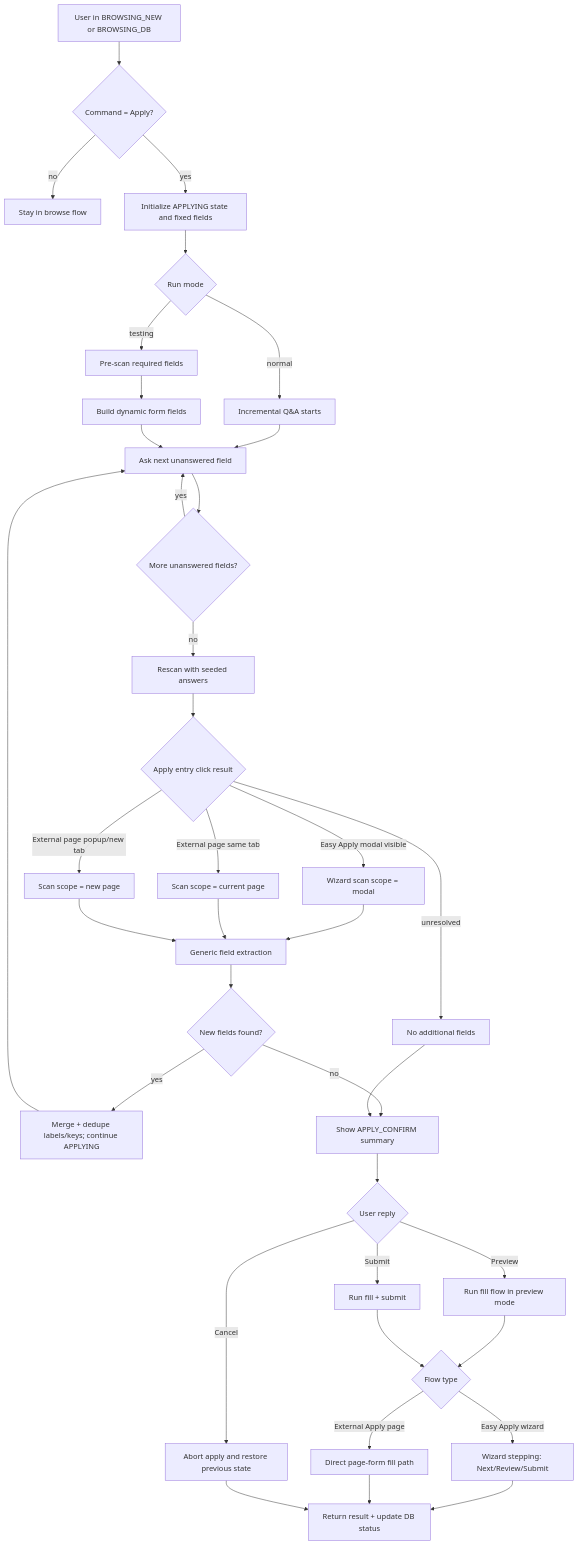
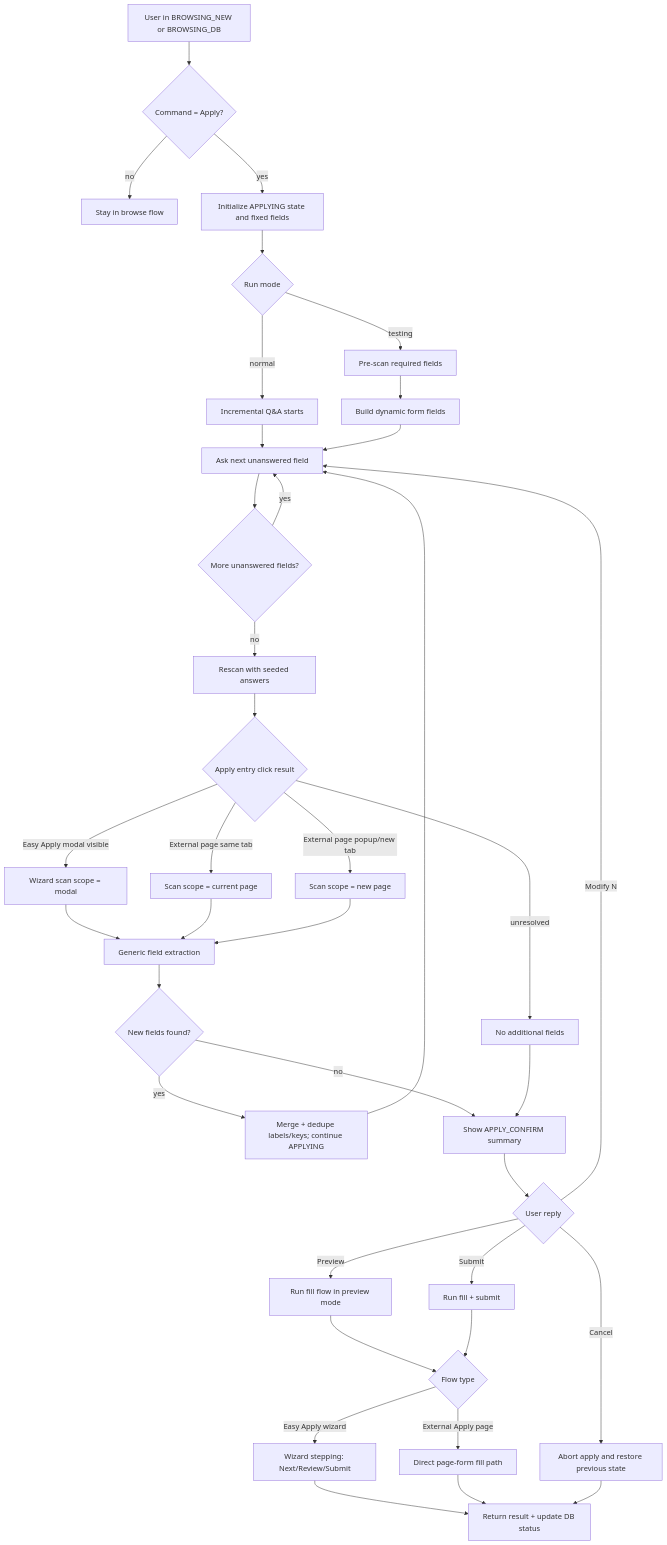
The diagram in FLOWCHART_STATE_MACHINE.md (Arisamin/JobSeekerAgent), drawn with Mermaid before and after one commit. The commit also changed other lines of this file and 8 other files, not shown here.

````diff
--- a/FLOWCHART_STATE_MACHINE.md
+++ b/FLOWCHART_STATE_MACHINE.md
@@ -3,48 +3,49 @@
 ```mermaid
 flowchart TD
 	A[User in BROWSING_NEW or BROWSING_DB] --> B{Command = Apply?}
 	B -- no --> Z[Stay in browse flow]
 	B -- yes --> C[Initialize APPLYING state and fixed fields]
 
 	C --> D{Run mode}
 	D -- testing --> E[Pre-scan required fields]
 	D -- normal --> F[Incremental Q&A starts]
 
 	E --> G[Build dynamic form fields]
 	F --> H[Ask next unanswered field]
 	G --> H
 
 	H --> I{More unanswered fields?}
 	I -- yes --> H
 	I -- no --> J[Rescan with seeded answers]
 
 	J --> K{Apply entry click result}
 	K -- Easy Apply modal visible --> L[Wizard scan scope = modal]
 	K -- External page same tab --> M[Scan scope = current page]
 	K -- External page popup/new tab --> N[Scan scope = new page]
 	K -- unresolved --> O[No additional fields]
 
 	L --> P[Generic field extraction]
 	M --> P
 	N --> P
 
 	P --> Q{New fields found?}
 	Q -- yes --> R[Merge + dedupe labels/keys; continue APPLYING]
 	Q -- no --> S[Show APPLY_CONFIRM summary]
 	O --> S
 	R --> H
 
 	S --> T{User reply}
+	T -- Modify N --> H
 	T -- Preview --> U[Run fill flow in preview mode]
 	T -- Submit --> V[Run fill + submit]
 	T -- Cancel --> W[Abort apply and restore previous state]
 
 	U --> X{Flow type}
 	V --> X
 	X -- Easy Apply wizard --> Y[Wizard stepping: Next/Review/Submit]
 	X -- External Apply page --> AA[Direct page-form fill path]
 
 	Y --> AB[Return result + update DB status]
 	AA --> AB
 	W --> AB
 ```
````
